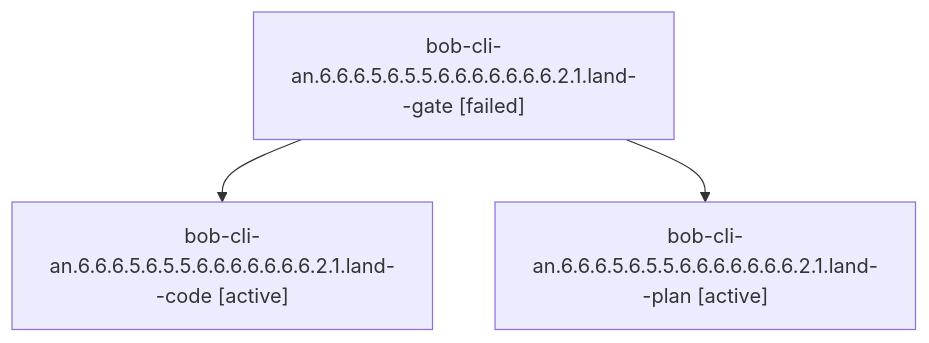
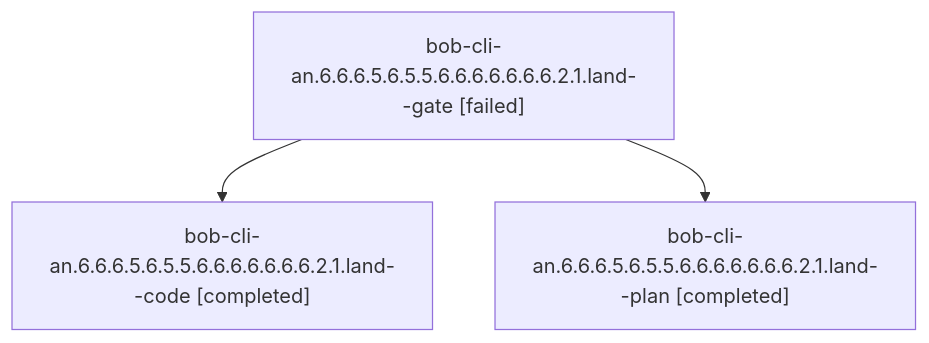
The diagram in sessions/bbugyi200.athena.bob-cli-an.6.6.6.5.6.5.5.6.6.6.6.6.6.6.2.1.land.md (bobs-org/bob-cli--agents), drawn with Mermaid before and after one commit. The commit also changed other lines of this file and 217 other files, not shown here.

````diff
--- a/sessions/bbugyi200.athena.bob-cli-an.6.6.6.5.6.5.5.6.6.6.6.6.6.6.2.1.land.md
+++ b/sessions/bbugyi200.athena.bob-cli-an.6.6.6.5.6.5.5.6.6.6.6.6.6.6.2.1.land.md
@@ -9,8 +9,8 @@
 ```mermaid
 flowchart TD
   n0["bob-cli-an.6.6.6.5.6.5.5.6.6.6.6.6.6.6.2.1.land--gate [failed]"]
-  n1["bob-cli-an.6.6.6.5.6.5.5.6.6.6.6.6.6.6.2.1.land--code [active]"]
+  n1["bob-cli-an.6.6.6.5.6.5.5.6.6.6.6.6.6.6.2.1.land--code [completed]"]
   n0 --> n1
-  n2["bob-cli-an.6.6.6.5.6.5.5.6.6.6.6.6.6.6.2.1.land--plan [active]"]
+  n2["bob-cli-an.6.6.6.5.6.5.5.6.6.6.6.6.6.6.2.1.land--plan [completed]"]
   n0 --> n2
 ```
````
